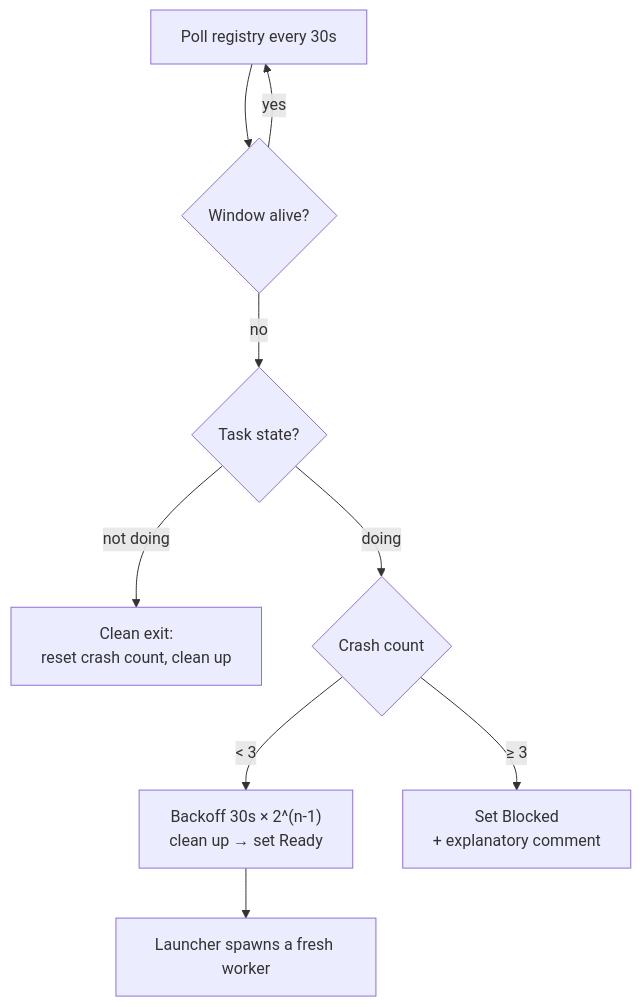
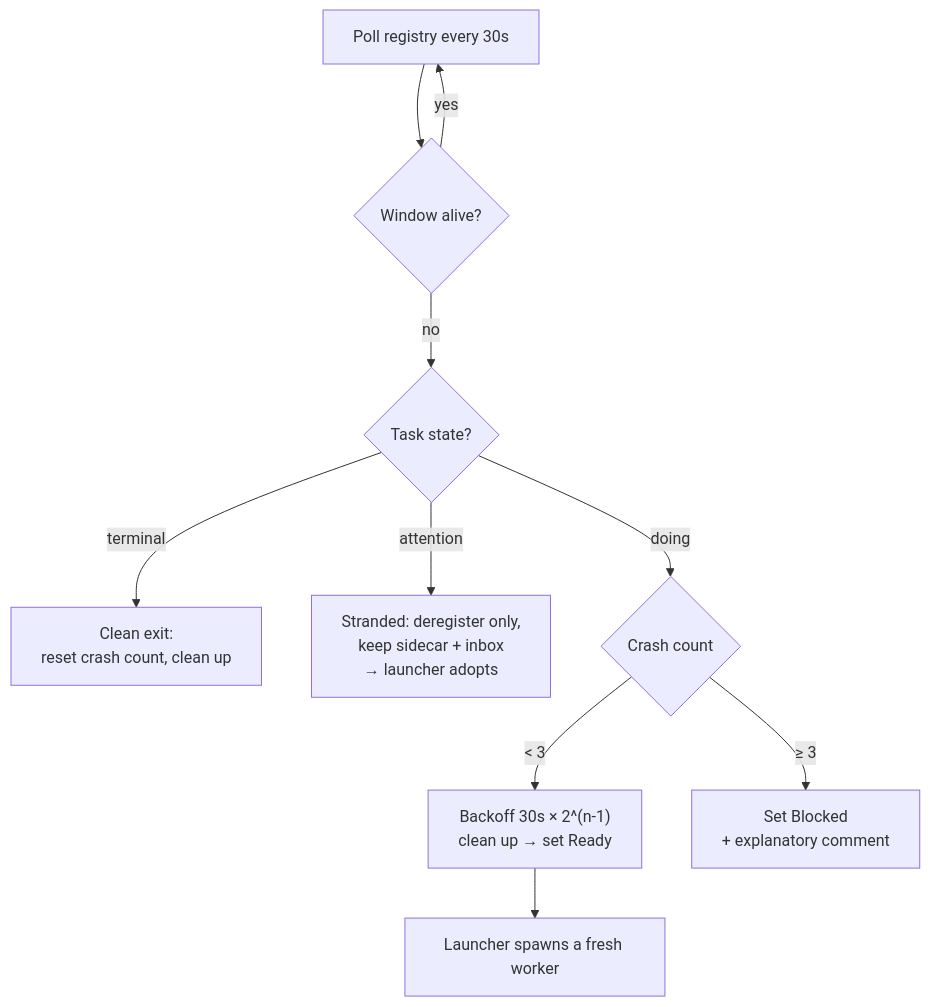
Before and after one commit to gara2000/agentmesh: the fifth of 8 diagrams in docs/agentic-workflow.md, drawn with Mermaid. The commit also changed other lines of this file and 18 other files, not shown here.

````diff
--- a/docs/agentic-workflow.md
+++ b/docs/agentic-workflow.md
@@ -286,11 +314,12 @@
 ```mermaid
 flowchart TD
     Poll["Poll registry every 30s"] --> Live{"Window alive?"}
     Live -->|yes| Poll
     Live -->|no| State{"Task state?"}
-    State -->|not doing| Clean["Clean exit:<br/>reset crash count, clean up"]
+    State -->|terminal| Clean["Clean exit:<br/>reset crash count, clean up"]
+    State -->|attention| Strand["Stranded: deregister only,<br/>keep sidecar + inbox<br/>→ launcher adopts"]
     State -->|doing| Count{"Crash count"}
     Count -->|"< 3"| Retry["Backoff 30s × 2^(n-1)<br/>clean up → set Ready"]
     Count -->|"≥ 3"| Block["Set Blocked<br/>+ explanatory comment"]
     Retry --> Relaunch["Launcher spawns a fresh worker"]
 ```
````
